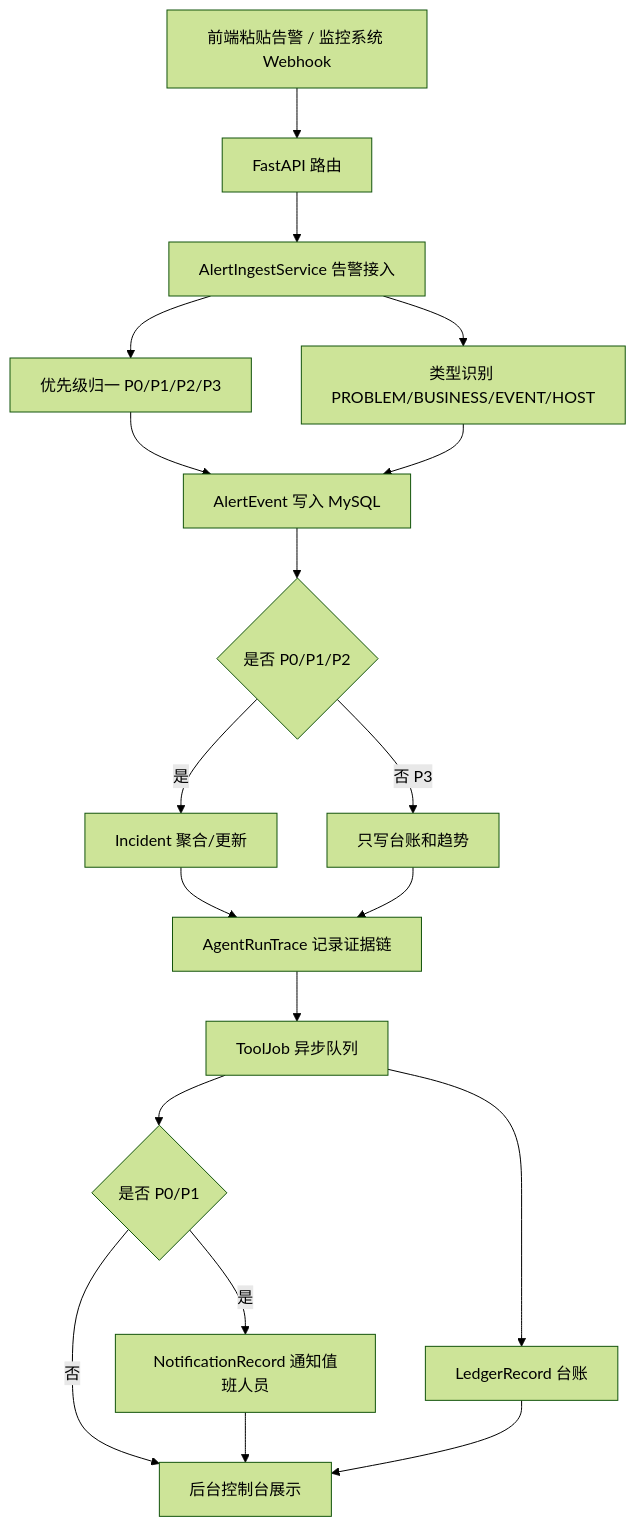
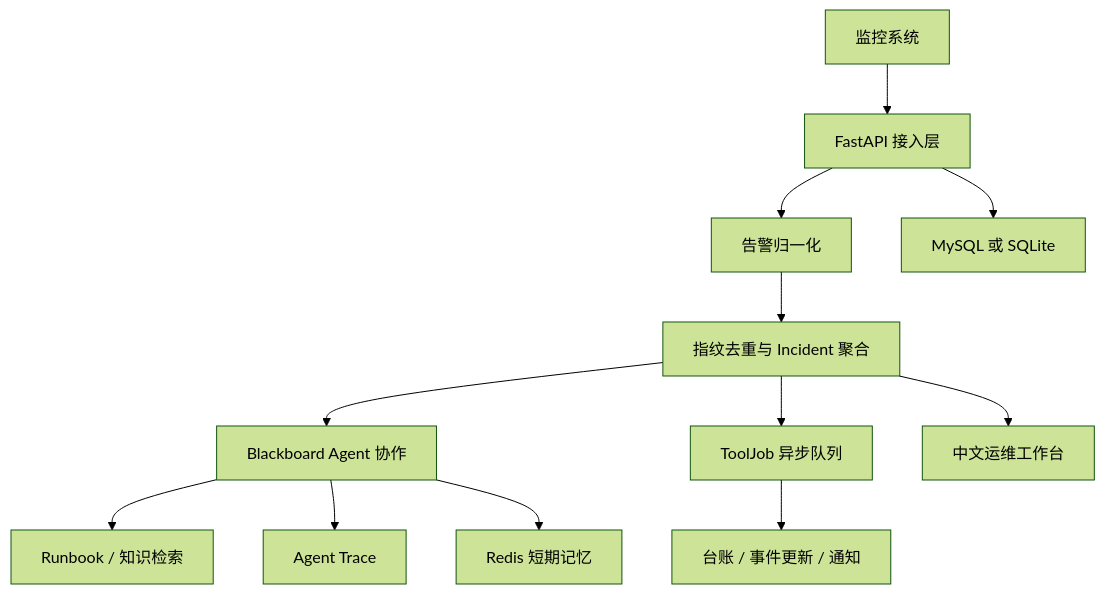
One commit to TXXX-666/OpsPilot changed the diagram in README.md. Above: the diagram before and after it, drawn with Mermaid (forest theme). The commit also changed other lines of this file, not shown here.

````diff
--- a/README.md
+++ b/README.md
@@ -181,21 +78,14 @@
 ```mermaid
 flowchart TD
-    A[前端粘贴告警 / 监控系统 Webhook] --> B[FastAPI 路由]
-    B --> C[AlertIngestService 告警接入]
-    C --> D[优先级归一 P0/P1/P2/P3]
-    C --> E[类型识别 PROBLEM/BUSINESS/EVENT/HOST]
-    D --> F[AlertEvent 写入 MySQL]
-    E --> F
-    F --> G{是否 P0/P1/P2}
-    G -- 是 --> H[Incident 聚合/更新]
-    G -- 否 P3 --> I[只写台账和趋势]
-    H --> J[AgentRunTrace 记录证据链]
-    I --> J
-    J --> K[ToolJob 异步队列]
-    K --> L[LedgerRecord 台账]
-    K --> M{是否 P0/P1}
-    M -- 是 --> N[NotificationRecord 通知值班人员]
-    M -- 否 --> O[后台控制台展示]
-    N --> O
-    L --> O
+    A[监控系统] --> B[FastAPI 接入层]
+    B --> C[告警归一化]
+    C --> D[指纹去重与 Incident 聚合]
+    D --> E[Blackboard Agent 协作]
+    E --> F[Runbook / 知识检索]
+    E --> G[Agent Trace]
+    D --> H[ToolJob 异步队列]
+    H --> I[台账 / 事件更新 / 通知]
+    B --> J[MySQL 或 SQLite]
+    E --> K[Redis 短期记忆]
+    D --> L[中文运维工作台]
 ```
````
